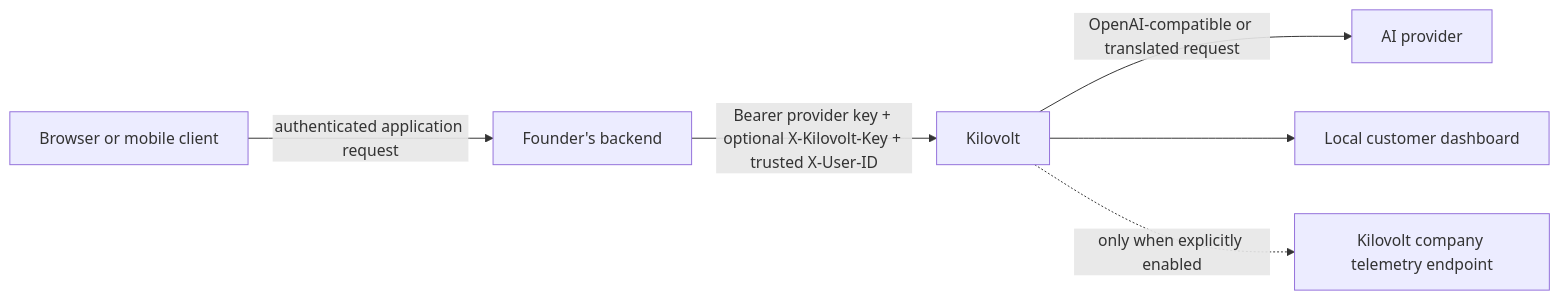
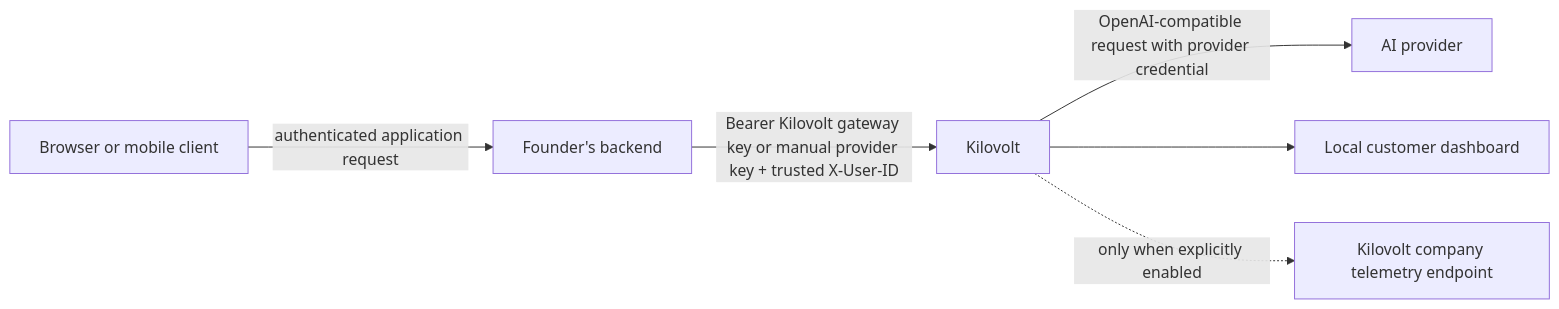
The first of 2 diagrams in docs/architecture.md (ytp101/kilovolt), drawn with Mermaid before and after one commit. The commit also changed other lines of this file and 19 other files, not shown here.

Commit message:
Add one-command browser evaluation flow

````diff
--- a/docs/architecture.md
+++ b/docs/architecture.md
@@ -9,8 +9,8 @@
 ```mermaid
 flowchart LR
     C["Browser or mobile client"] -->|"authenticated application request"| B["Founder's backend"]
-    B -->|"Bearer provider key + optional X-Kilovolt-Key + trusted X-User-ID"| K["Kilovolt"]
-    K -->|"OpenAI-compatible or translated request"| P["AI provider"]
+    B -->|"Bearer Kilovolt gateway key or manual provider key + trusted X-User-ID"| K["Kilovolt"]
+    K -->|"OpenAI-compatible request with provider credential"| P["AI provider"]
     K --> D["Local customer dashboard"]
     K -. "only when explicitly enabled" .-> T["Kilovolt company telemetry endpoint"]
 ```
````
